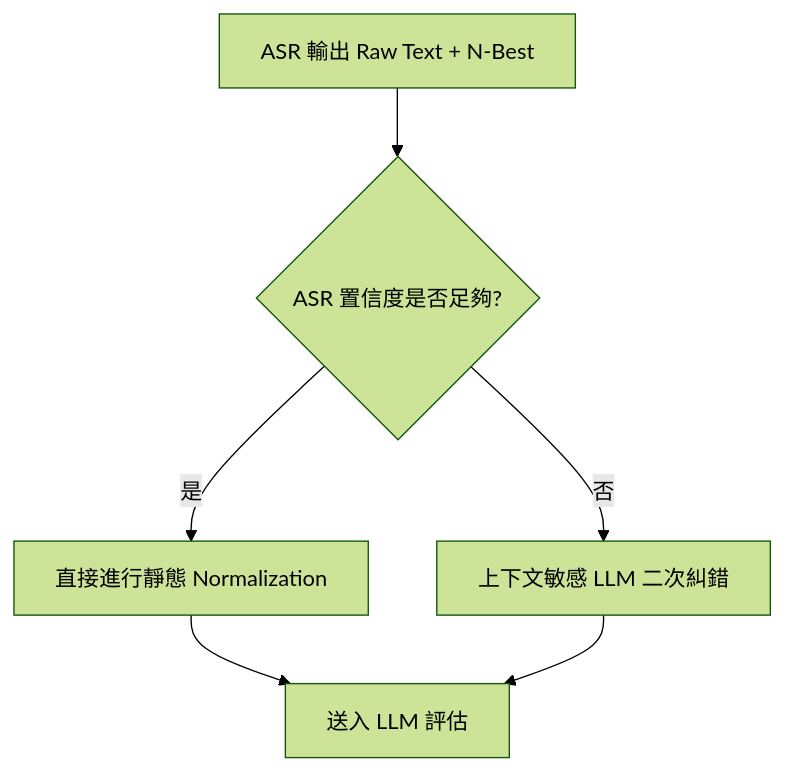
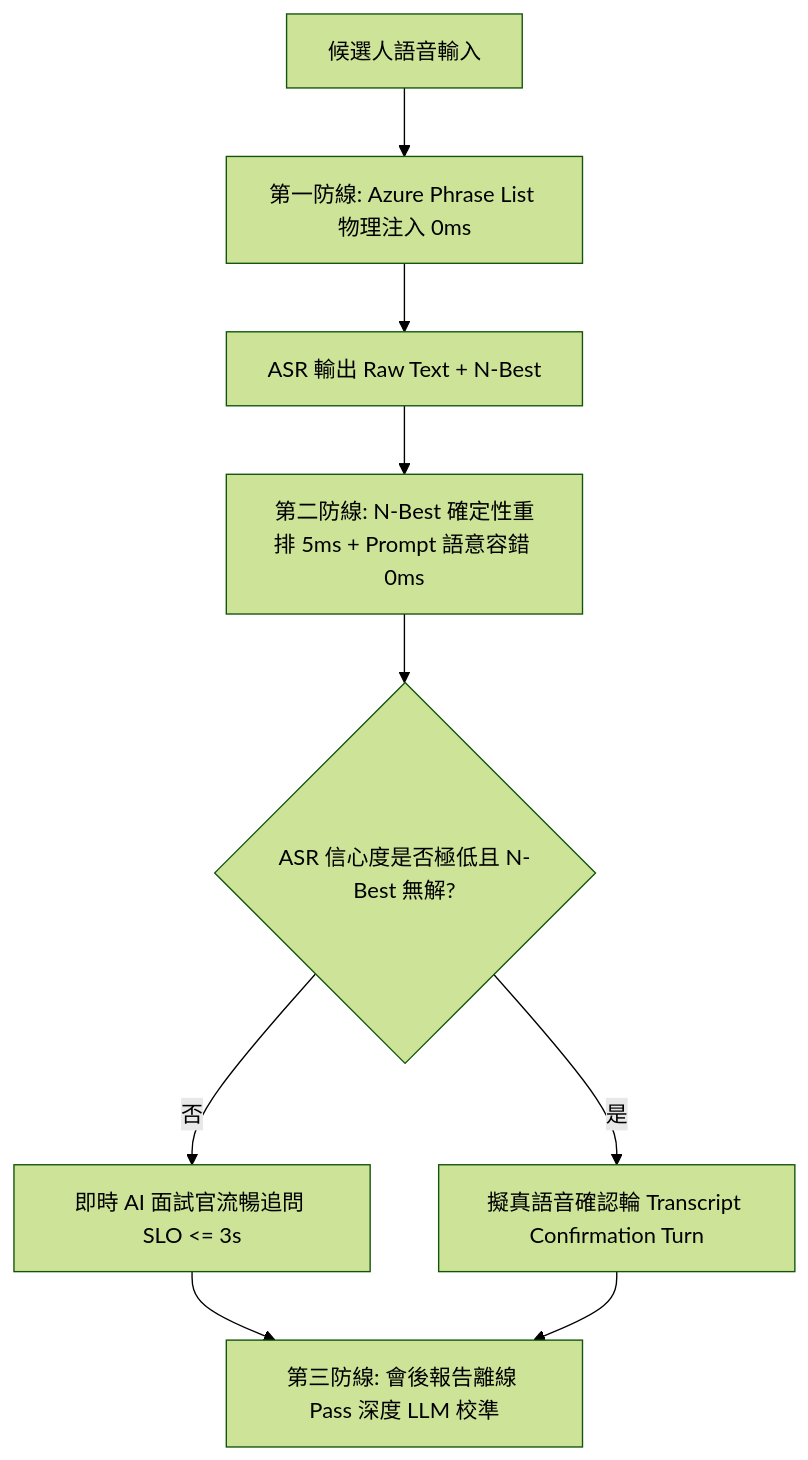
Before and after one commit to Alanho2025/Kiwi-AI-interview-Agent: the diagram in docs/further_plan/voice-transcript-calibration-plan.md, drawn with Mermaid (forest theme). The commit also changed other lines of this file and 1 other file, not shown here.

````diff
--- a/docs/further_plan/voice-transcript-calibration-plan.md
+++ b/docs/further_plan/voice-transcript-calibration-plan.md
@@ -59,8 +60,11 @@
 ```mermaid
 graph TD
-    A[ASR 輸出 Raw Text + N-Best] --> B{ASR 置信度是否足夠?}
-    B -- 是 --> C[直接進行靜態 Normalization]
-    B -- 否 --> D[上下文敏感 LLM 二次糾錯]
-    C --> E[送入 LLM 評估]
-    D --> E
+    A[候選人語音輸入] --> B[第一防線: Azure Phrase List 物理注入 0ms]
+    B --> C[ASR 輸出 Raw Text + N-Best]
+    C --> D[第二防線: N-Best 確定性重排 5ms + Prompt 語意容錯 0ms]
+    D --> E{ASR 信心度是否極低且 N-Best 無解?}
+    E -- 否 --> F[即時 AI 面試官流暢追問 SLO <= 3s]
+    E -- 是 --> G[擬真語音確認輪 Transcript Confirmation Turn]
+    F --> H[第三防線: 會後報告離線 Pass 深度 LLM 校準]
+    G --> H
 ```
````
